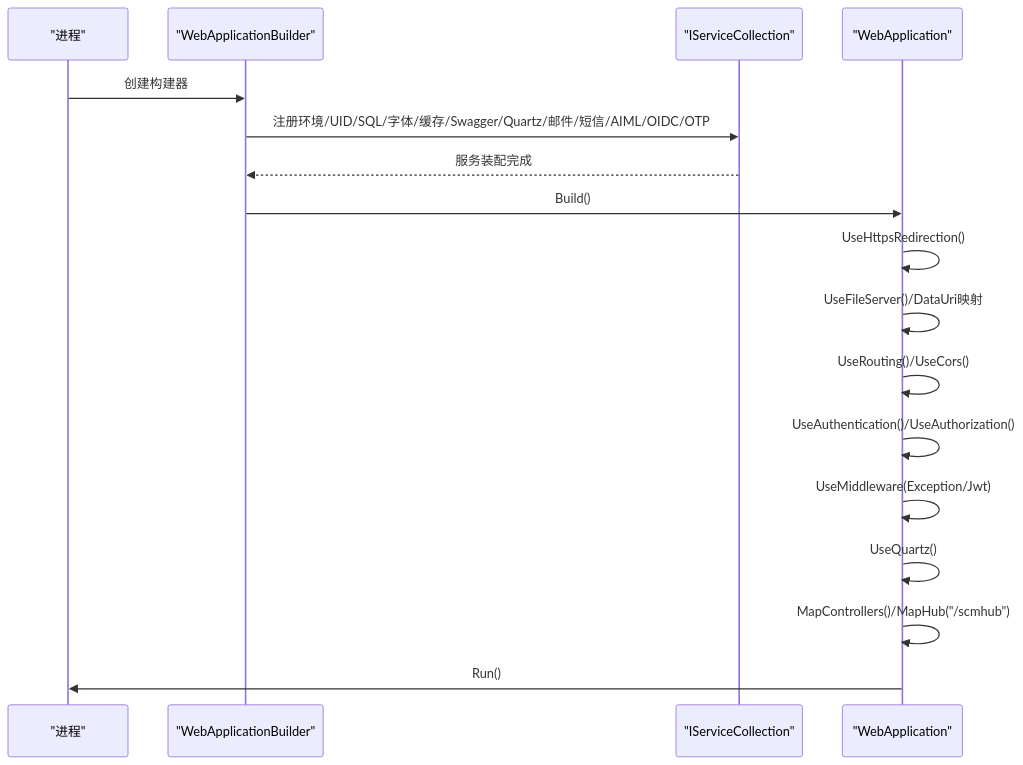
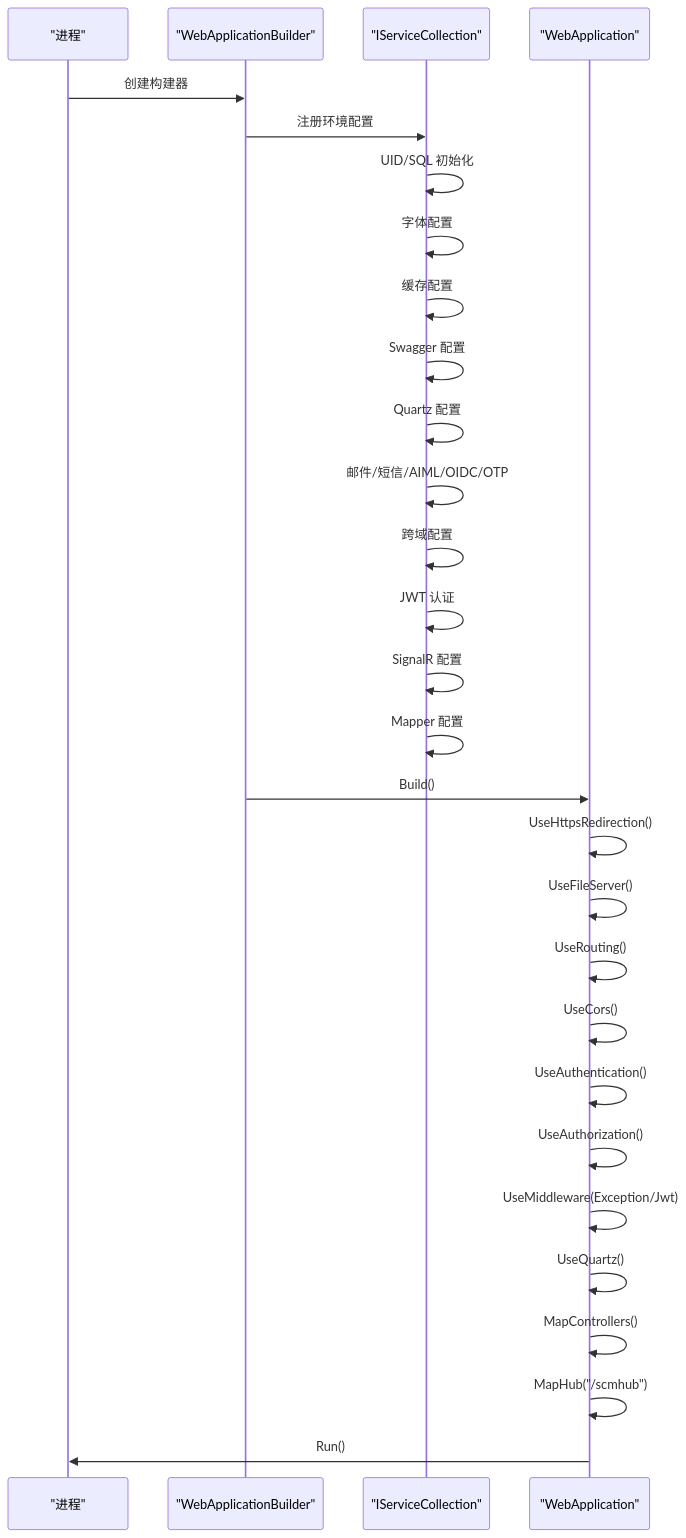
The second of 6 diagrams in .qoder/repowiki/zh/content/部署指南/部署指南.md (leadiot/Scm.Net), drawn with Mermaid before and after one commit. The commit also changed other lines of this file and 126 other files, not shown here.

````diff
--- a/.qoder/repowiki/zh/content/部署指南/部署指南.md
+++ b/.qoder/repowiki/zh/content/部署指南/部署指南.md
@@ -161,19 +143,31 @@
 ```mermaid
 sequenceDiagram
 participant Proc as "进程"
 participant Builder as "WebApplicationBuilder"
 participant Services as "IServiceCollection"
 participant App as "WebApplication"
 Proc->>Builder : 创建构建器
-Builder->>Services : 注册环境/UID/SQL/字体/缓存/Swagger/Quartz/邮件/短信/AIML/OIDC/OTP
-Services-->>Builder : 服务装配完成
+Builder->>Services : 注册环境配置
+Services->>Services : UID/SQL 初始化
+Services->>Services : 字体配置
+Services->>Services : 缓存配置
+Services->>Services : Swagger 配置
+Services->>Services : Quartz 配置
+Services->>Services : 邮件/短信/AIML/OIDC/OTP
+Services->>Services : 跨域配置
+Services->>Services : JWT 认证
+Services->>Services : SignalR 配置
+Services->>Services : Mapper 配置
 Builder->>App : Build()
 App->>App : UseHttpsRedirection()
-App->>App : UseFileServer()/DataUri映射
-App->>App : UseRouting()/UseCors()
-App->>App : UseAuthentication()/UseAuthorization()
+App->>App : UseFileServer()
+App->>App : UseRouting()
+App->>App : UseCors()
+App->>App : UseAuthentication()
+App->>App : UseAuthorization()
 App->>App : UseMiddleware(Exception/Jwt)
 App->>App : UseQuartz()
-App->>App : MapControllers()/MapHub("/scmhub")
+App->>App : MapControllers()
+App->>App : MapHub("/scmhub")
 App->>Proc : Run()
 ```
````
